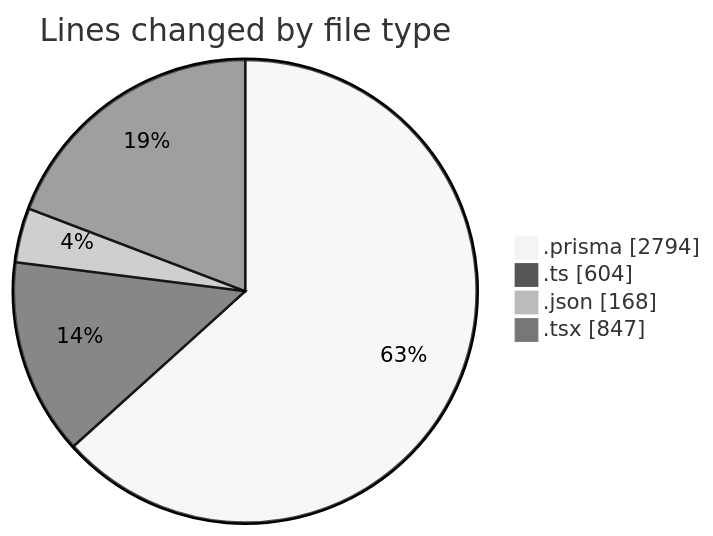
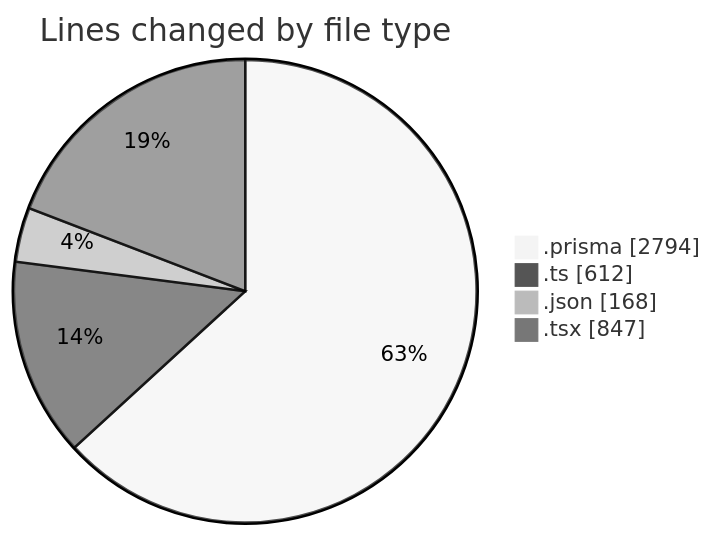
Before and after one commit to CELIANVF/code-tracking: the first of 2 diagrams in 2025-05-01/ecodeli/README.md, drawn with Mermaid (neutral theme). The commit also changed other lines of this file and 1 other file, not shown here.

````diff
--- a/2025-05-01/ecodeli/README.md
+++ b/2025-05-01/ecodeli/README.md
@@ -27,8 +27,8 @@
 ```mermaid
 pie showData
 title Lines changed by file type
 ".prisma" : 2794
-".ts" : 604
+".ts" : 612
 ".json" : 168
 ".tsx" : 847
 ```
````
